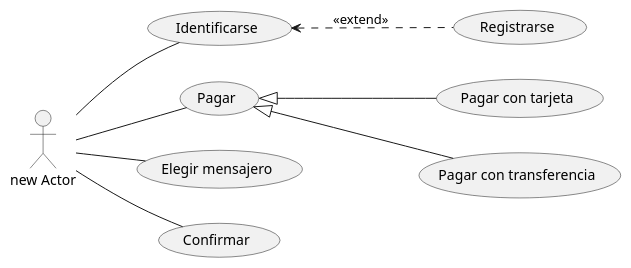
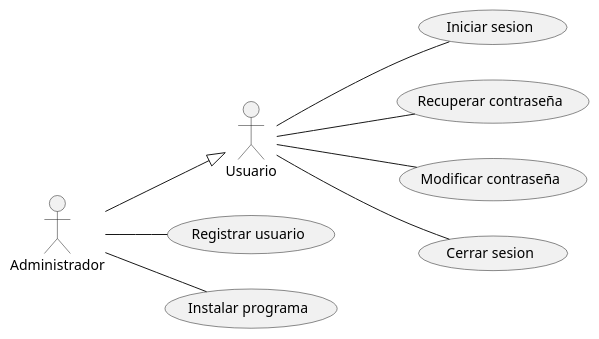
The diagram in casosdeusoI.puml (sandrasd89/CasosDeUsoI), drawn with PlantUML before and after one commit.

Commit message:
creado usuarios y administradores

```diff
--- a/casosdeusoI.puml
+++ b/casosdeusoI.puml
@@ -1,13 +1,13 @@
 @startuml
 
 left to right direction
 
-:new Actor: -- (Identificarse)
-:new Actor: -- (Pagar)
-:new Actor: -- (Elegir mensajero)
-:new Actor: -- (Confirmar)
-(Identificarse) <.. (Registrarse) : <<extend>>
-(Pagar) <|-- (Pagar con tarjeta)
-(Pagar) <|-- (Pagar con transferencia)
+:Usuario: -- (Iniciar sesion)
+:Usuario: -- (Recuperar contraseña)
+:Usuario: -- (Modificar contraseña)
+:Usuario: -- (Cerrar sesion)
+:Administrador: -- (Registrar usuario)
+:Administrador: -- (Instalar programa)
+:Usuario: <|-up- :Administrador:
 
 @enduml
```
